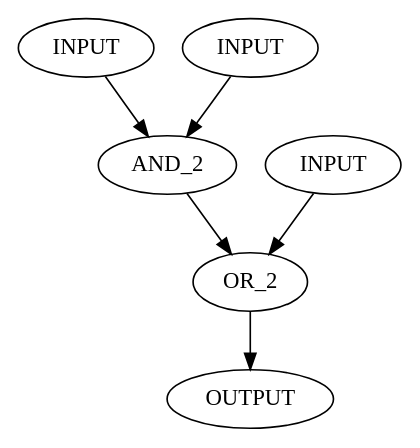
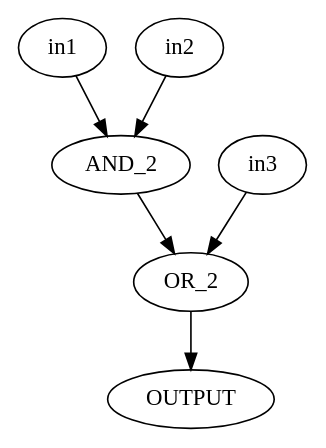
The diagram in test.dot (ozyz/Projet-Info), drawn with Graphviz before and after one commit. The commit also changed 3 other files, not shown here.

```diff
--- a/test.dot
+++ b/test.dot
@@ -1,15 +1,13 @@
 digraph G {
-  in1[label="INPUT"]
-  in2[label="INPUT"]
-  in3[label="INPUT"]
+
   out1[label="OUTPUT"]
   and[label="AND_2"]
   or[label="OR_2"]
 
   in1-> and
   in2-> and
   in3-> or
   and-> or
   or-> out1
 
 }
```
